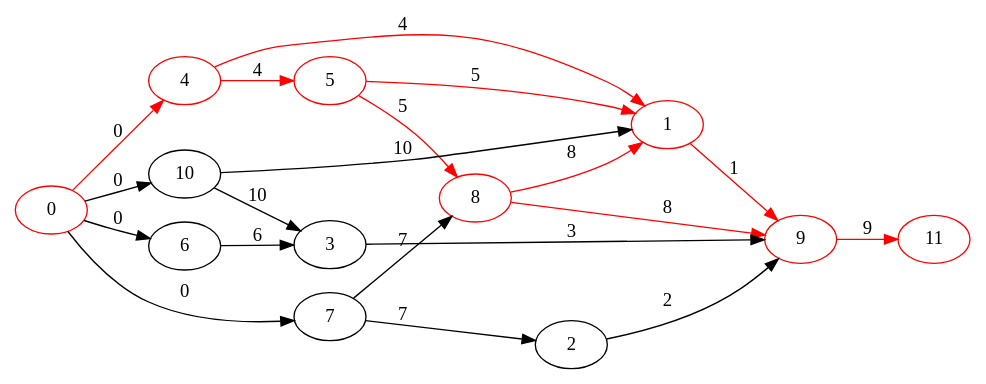
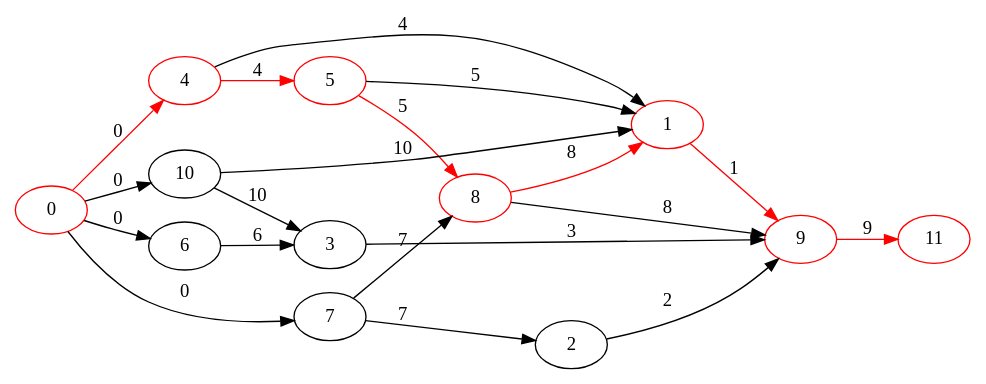
Before and after one commit to avivi55/graphs: the diagram in out/9.gv, drawn with Graphviz. The commit also changed 25 other files, not shown here.

```diff
--- a/out/9.gv
+++ b/out/9.gv
@@ -1,28 +1,28 @@
 digraph { rankdir=LR
-    "1" [color="red"]
-    "4" [color="red"]
-    "5" [color="red"]
-    "8" [color="red"]
-    "9" [color="red"]
-    "0" [color="red"]
-    "11" [color="red"]
-    "1" -> "9" [label="1" color="red" ] 
-    "2" -> "9" [label="2"] 
-    "3" -> "9" [label="3"] 
-    "4" -> "1" [label="4" color="red" ] 
-    "4" -> "5" [label="4" color="red" ] 
-    "5" -> "1" [label="5" color="red" ] 
-    "5" -> "8" [label="5" color="red" ] 
-    "6" -> "3" [label="6"] 
-    "7" -> "2" [label="7"] 
-    "7" -> "8" [label="7"] 
-    "8" -> "1" [label="8" color="red" ] 
-    "8" -> "9" [label="8" color="red" ] 
-    "9" -> "11" [label="9" color="red" ] 
-    "10" -> "1" [label="10"] 
-    "10" -> "3" [label="10"] 
-    "0" -> "4" [label="0" color="red" ] 
-    "0" -> "6" [label="0"] 
-    "0" -> "7" [label="0"] 
-    "0" -> "10" [label="0"] 
+    "1" [color="red" label="1"]
+    "4" [color="red" label="4"]
+    "5" [color="red" label="5"]
+    "8" [color="red" label="8"]
+    "9" [color="red" label="9"]
+    "0" [color="red" label="0"]
+    "11" [color="red" label="11"]
+    "1" -> "9" [label="1" color="red" ]
+    "2" -> "9" [label="2" ]
+    "3" -> "9" [label="3" ]
+    "4" -> "1" [label="4" ]
+    "4" -> "5" [label="4" color="red" ]
+    "5" -> "1" [label="5" ]
+    "5" -> "8" [label="5" color="red" ]
+    "6" -> "3" [label="6" ]
+    "7" -> "2" [label="7" ]
+    "7" -> "8" [label="7" ]
+    "8" -> "1" [label="8" color="red" ]
+    "8" -> "9" [label="8" ]
+    "9" -> "11" [label="9" color="red" ]
+    "10" -> "1" [label="10" ]
+    "10" -> "3" [label="10" ]
+    "0" -> "4" [label="0" color="red" color="red" ]
+    "0" -> "6" [label="0" ]
+    "0" -> "7" [label="0" ]
+    "0" -> "10" [label="0" ]
 }
```
